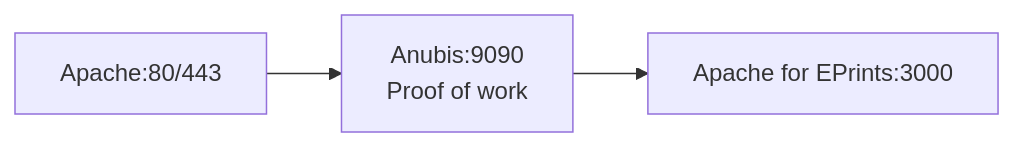
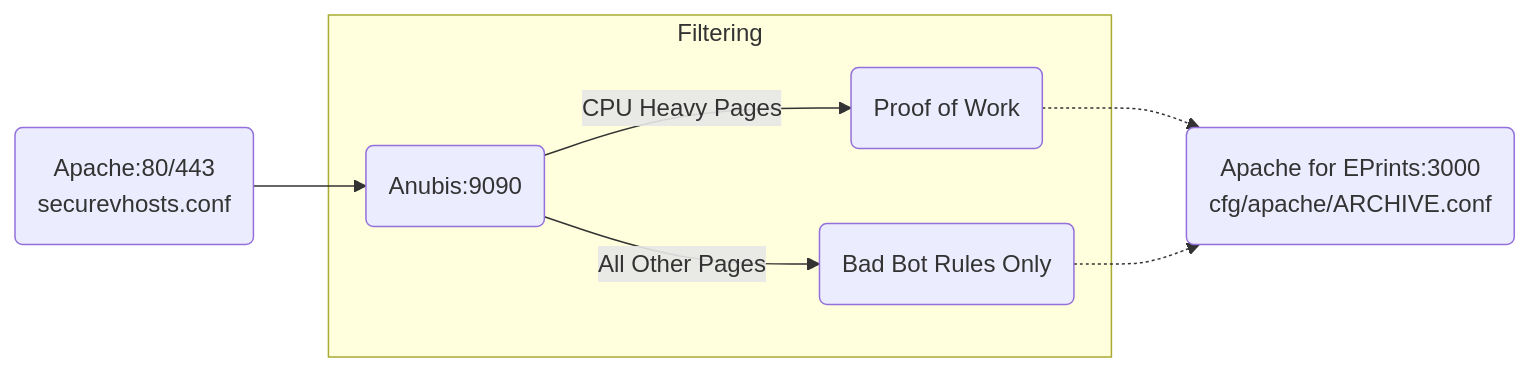
Before and after one commit to eprints/anubis: the second of 2 diagrams in README.md, drawn with Mermaid. The commit also changed other lines of this file, not shown here.

Commit message:
Overhaul of flowcharts to clarify default configurations

````diff
--- a/README.md
+++ b/README.md
@@ -75,5 +96,21 @@
 ```mermaid
-graph LR
-   A[Apache:80/443] --> B[Anubis:9090 \nProof of work]
-   B --> D[Apache for EPrints:3000]
+flowchart LR
+   
+   TCP(Apache:80/443\nsecurevhosts.conf)
+   EPR(Apache for EPrints:3000\ncfg/apache/ARCHIVE.conf)
+   
+
+   subgraph Filtering
+      ANU(Anubis:9090)
+      PROOF(Proof of Work)
+      BAD(Bad Bot Rules Only)
+   end
+
+   
+   TCP -->  ANU
+   ANU --> | CPU Heavy Pages | PROOF
+   PROOF -.-> EPR
+   ANU --> | All Other Pages | BAD
+   BAD -.-> EPR
+   
 ```
````
